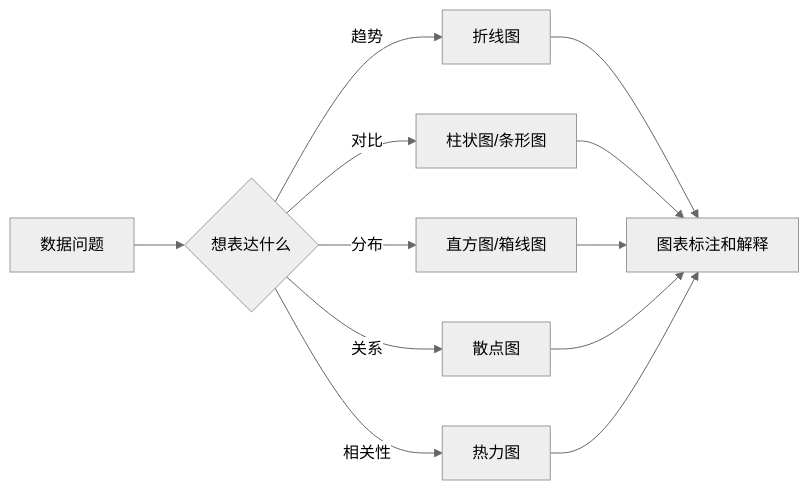
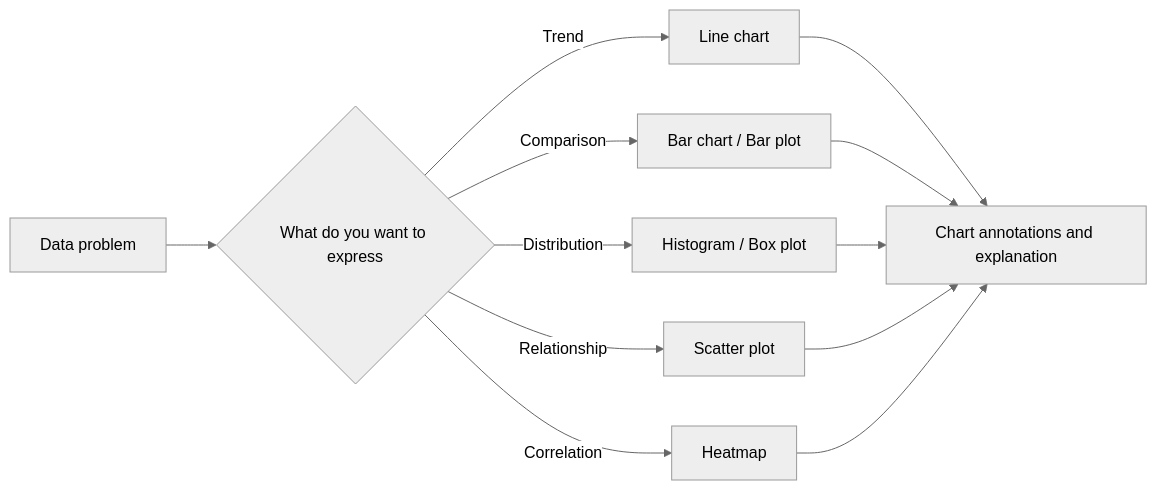
Before and after one commit to oudbiao/AI-fullstack-course: the second of 2 diagrams in docs/ch03-data-analysis/ch04-visualization/00-roadmap.md, drawn with Mermaid (neutral theme). The commit also changed other lines of this file and 1406 other files, not shown here.

````diff
--- a/docs/ch03-data-analysis/ch04-visualization/00-roadmap.md
+++ b/docs/ch03-data-analysis/ch04-visualization/00-roadmap.md
@@ -45,14 +45,14 @@
 ```mermaid
 flowchart LR
-  A[数据问题] --> B{想表达什么}
-  B -- 趋势 --> C[折线图]
-  B -- 对比 --> D[柱状图/条形图]
-  B -- 分布 --> E[直方图/箱线图]
-  B -- 关系 --> F[散点图]
-  B -- 相关性 --> G[热力图]
-  C --> H[图表标注和解释]
+  A[Data problem] --> B{What do you want to express}
+  B -- Trend --> C[Line chart]
+  B -- Comparison --> D[Bar chart / Bar plot]
+  B -- Distribution --> E[Histogram / Box plot]
+  B -- Relationship --> F[Scatter plot]
+  B -- Correlation --> G[Heatmap]
+  C --> H[Chart annotations and explanation]
   D --> H
   E --> H
   F --> H
   G --> H
 ```
````
